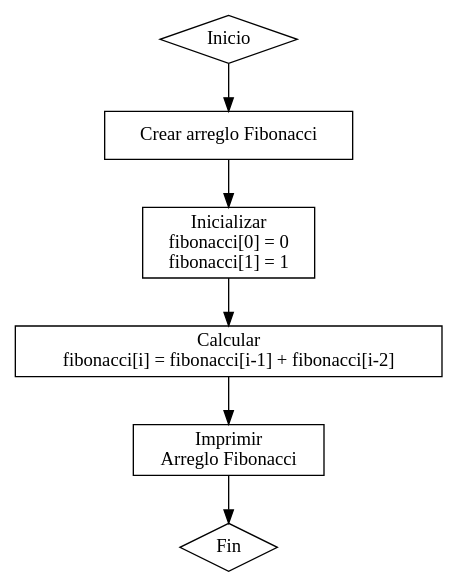
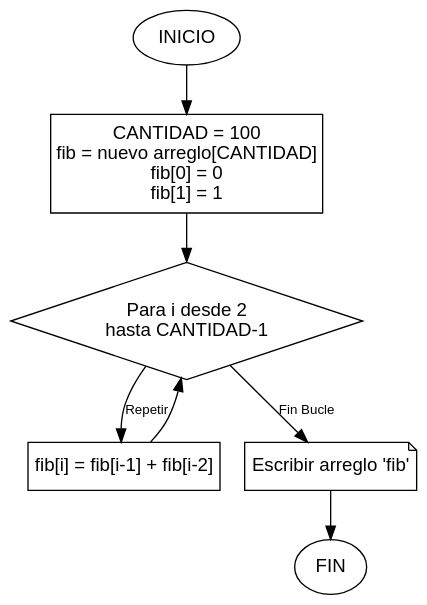
Before and after one commit to 23Leilany166/java-tutor-tics: the diagram in Ejercicios/PS_4_6/Diagrama/PS_4_6.dot, drawn with Graphviz. The commit also changed 248 other files, not shown here.

```diff
--- a/Ejercicios/PS_4_6/Diagrama/PS_4_6.dot
+++ b/Ejercicios/PS_4_6/Diagrama/PS_4_6.dot
@@ -1,26 +1,22 @@
-digraph fibonacci {
-    // Nodo Inicial
-    Inicio [shape=diamond, label="Inicio"];
+digraph PS_4_6 {
+    // Configuración
+    graph [bgcolor="transparent"];
+    node [shape=rect, fontname="Arial", margin="0.1,0.1"];
+    edge [fontname="Arial", fontsize=10];
 
-    // Nodo de creación del arreglo
-    CrearArreglo [shape=rectangle, label="Crear arreglo Fibonacci"];
-
-    // Nodo de inicialización de los primeros dos números Fibonacci
-    InicializarFibonacci [shape=rectangle, label="Inicializar\nfibonacci[0] = 0\nfibonacci[1] = 1"];
-
-    // Nodo de cálculo de los números Fibonacci
-    CalcularFibonacci [shape=rectangle, label="Calcular\nfibonacci[i] = fibonacci[i-1] + fibonacci[i-2]"];
-
-    // Nodo de impresión del arreglo de Fibonacci
-    ImprimirFibonacci [shape=rectangle, label="Imprimir\nArreglo Fibonacci"];
-
-    // Nodo Final
-    Fin [shape=diamond, label="Fin"];
+    // Nodos
+    INICIO [shape=ellipse, label="INICIO"];
+    INICIALIZAR [label="CANTIDAD = 100\nfib = nuevo arreglo[CANTIDAD]\nfib[0] = 0\nfib[1] = 1"];
+    BUCLE_FOR [shape=diamond, label="Para i desde 2\nhasta CANTIDAD-1"];
+    CALCULAR_FIB [label="fib[i] = fib[i-1] + fib[i-2]"];
+    IMPRIMIR [shape=note, label="Escribir arreglo 'fib'"];
+    FIN [shape=ellipse, label="FIN"];
 
     // Conexiones
-    Inicio -> CrearArreglo;
-    CrearArreglo -> InicializarFibonacci;
-    InicializarFibonacci -> CalcularFibonacci;
-    CalcularFibonacci -> ImprimirFibonacci;
-    ImprimirFibonacci -> Fin;
+    INICIO -> INICIALIZAR;
+    INICIALIZAR -> BUCLE_FOR;
+    BUCLE_FOR -> CALCULAR_FIB [label="Repetir"];
+    CALCULAR_FIB -> BUCLE_FOR;
+    BUCLE_FOR -> IMPRIMIR [label="Fin Bucle"];
+    IMPRIMIR -> FIN;
 }
```
